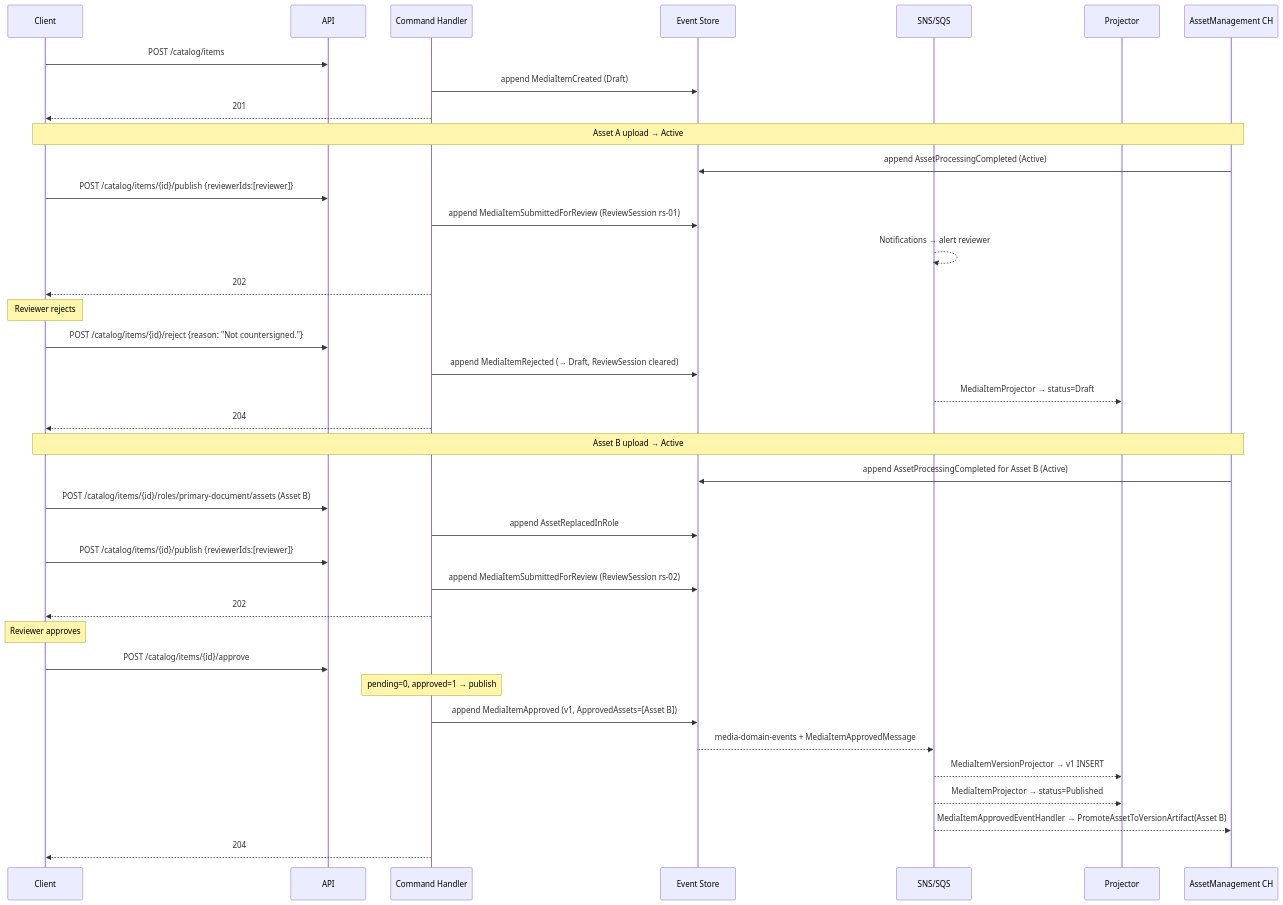
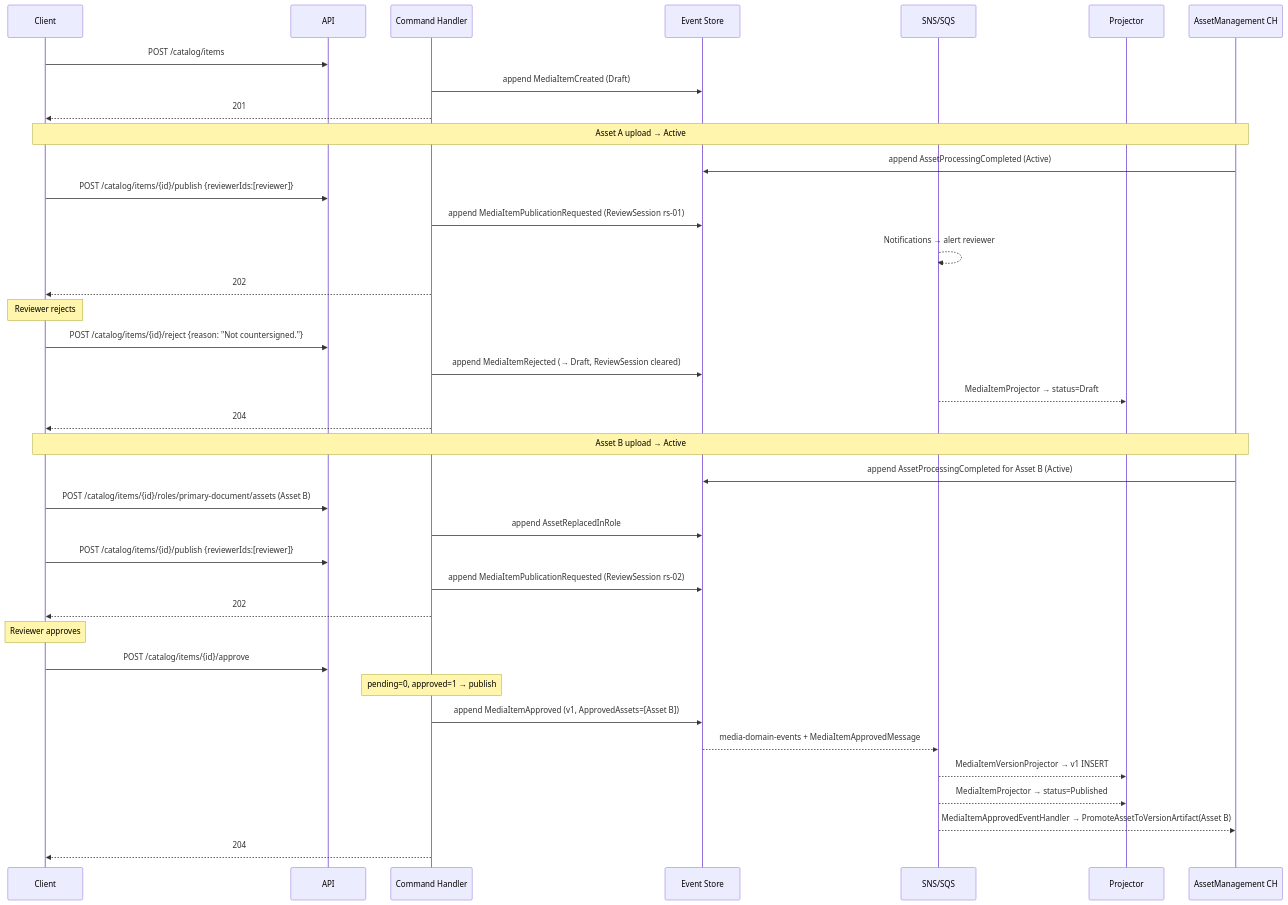
One commit to cramone/ais-os changed the fifth of 5 diagrams in projects/magiq-media/spec/contexts/Catalog/aggregates/MediaItem/mediaitem.scenarios.md. Above: the diagram before and after it, drawn with Mermaid. The commit also changed other lines of this file and 40 other files, not shown here.

````diff
--- a/projects/magiq-media/spec/contexts/Catalog/aggregates/MediaItem/mediaitem.scenarios.md
+++ b/projects/magiq-media/spec/contexts/Catalog/aggregates/MediaItem/mediaitem.scenarios.md
@@ -486,48 +486,48 @@
 ```mermaid
 sequenceDiagram
     participant Client
     participant API
     participant CH as Command Handler
     participant ES as Event Store
     participant Bus as SNS/SQS
     participant Proj as Projector
     participant AM as AssetManagement CH
 
     Client->>API: POST /catalog/items
     CH->>ES: append MediaItemCreated (Draft)
     CH-->>Client: 201
 
     Note over Client,AM: Asset A upload → Active
     AM->>ES: append AssetProcessingCompleted (Active)
 
     Client->>API: POST /catalog/items/{id}/publish {reviewerIds:[reviewer]}
-    CH->>ES: append MediaItemSubmittedForReview (ReviewSession rs-01)
+    CH->>ES: append MediaItemPublicationRequested (ReviewSession rs-01)
     Bus-->>Bus: Notifications → alert reviewer
     CH-->>Client: 202
 
     Note over Client: Reviewer rejects
     Client->>API: POST /catalog/items/{id}/reject {reason: "Not countersigned."}
     CH->>ES: append MediaItemRejected (→ Draft, ReviewSession cleared)
     Bus-->>Proj: MediaItemProjector → status=Draft
     CH-->>Client: 204
 
     Note over Client,AM: Asset B upload → Active
     AM->>ES: append AssetProcessingCompleted for Asset B (Active)
 
     Client->>API: POST /catalog/items/{id}/roles/primary-document/assets (Asset B)
     CH->>ES: append AssetReplacedInRole
 
     Client->>API: POST /catalog/items/{id}/publish {reviewerIds:[reviewer]}
-    CH->>ES: append MediaItemSubmittedForReview (ReviewSession rs-02)
+    CH->>ES: append MediaItemPublicationRequested (ReviewSession rs-02)
     CH-->>Client: 202
 
     Note over Client: Reviewer approves
     Client->>API: POST /catalog/items/{id}/approve
     Note over CH: pending=0, approved=1 → publish
     CH->>ES: append MediaItemApproved (v1, ApprovedAssets=[Asset B])
     ES-->>Bus: media-domain-events + MediaItemApprovedMessage
     Bus-->>Proj: MediaItemVersionProjector → v1 INSERT
     Bus-->>Proj: MediaItemProjector → status=Published
     Bus-->>AM: MediaItemApprovedEventHandler → PromoteAssetToVersionArtifact(Asset B)
     CH-->>Client: 204
 ```
````
